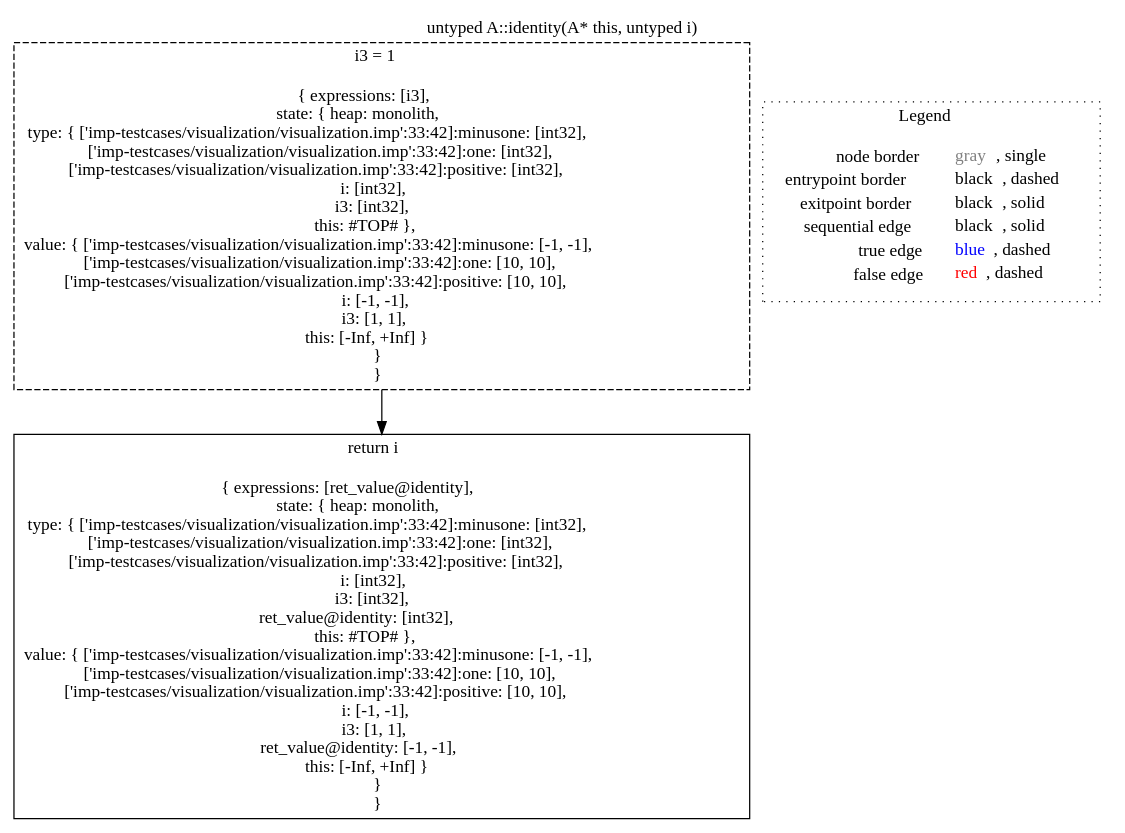
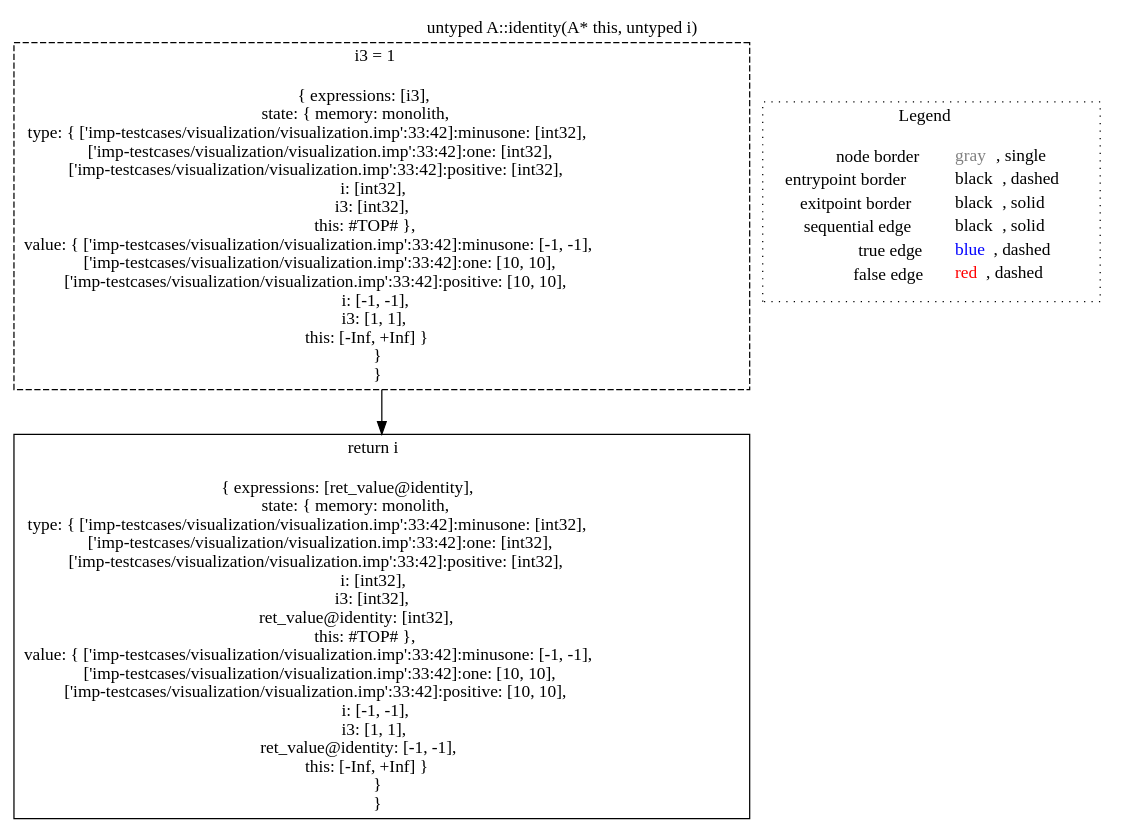
The diagram in lisa/lisa-analyses/imp-testcases/visualization/dot/untyped_A.identity(A__this,_untyped_i)_-1778620129.dot (lisa-analyzer/lisa), drawn with Graphviz before and after one commit. The commit also changed 930 other files, not shown here.

Commit message:
Rename heap to memory #127

```diff
--- a/lisa/lisa-analyses/imp-testcases/visualization/dot/untyped_A.identity(A__this,_untyped_i)_-1778620129.dot
+++ b/lisa/lisa-analyses/imp-testcases/visualization/dot/untyped_A.identity(A__this,_untyped_i)_-1778620129.dot
@@ -1,12 +1,12 @@
 digraph "untyped A::identity(A* this, untyped i)" {
 edge ["dir"="forward"]
 graph ["label"="untyped A::identity(A* this, untyped i)","labelloc"="t"]
-"node0" ["label"=<i3 = 1<br/><br/>{ expressions: [i3],<br/>state: { heap: monolith,<br/>type: { ['imp-testcases/visualization/visualization.imp':33:42]:minusone: [int32],<br/>['imp-testcases/visualization/visualization.imp':33:42]:one: [int32],<br/>['imp-testcases/visualization/visualization.imp':33:42]:positive: [int32],<br/>i: [int32],<br/>i3: [int32],<br/>this: #TOP# },<br/>value: { ['imp-testcases/visualization/visualization.imp':33:42]:minusone: [-1, -1],<br/>['imp-testcases/visualization/visualization.imp':33:42]:one: [10, 10],<br/>['imp-testcases/visualization/visualization.imp':33:42]:positive: [10, 10],<br/>i: [-1, -1],<br/>i3: [1, 1],<br/>this: [-Inf, +Inf] }<br/> }<br/> }<br/>>,"shape"="rect","id"="node0","color"="black","style"="dashed"]
-"node3" ["label"=<return i<br/><br/>{ expressions: [ret_value@identity],<br/>state: { heap: monolith,<br/>type: { ['imp-testcases/visualization/visualization.imp':33:42]:minusone: [int32],<br/>['imp-testcases/visualization/visualization.imp':33:42]:one: [int32],<br/>['imp-testcases/visualization/visualization.imp':33:42]:positive: [int32],<br/>i: [int32],<br/>i3: [int32],<br/>ret_value@identity: [int32],<br/>this: #TOP# },<br/>value: { ['imp-testcases/visualization/visualization.imp':33:42]:minusone: [-1, -1],<br/>['imp-testcases/visualization/visualization.imp':33:42]:one: [10, 10],<br/>['imp-testcases/visualization/visualization.imp':33:42]:positive: [10, 10],<br/>i: [-1, -1],<br/>i3: [1, 1],<br/>ret_value@identity: [-1, -1],<br/>this: [-Inf, +Inf] }<br/> }<br/> }<br/>>,"shape"="rect","id"="node3","color"="black"]
+"node0" ["label"=<i3 = 1<br/><br/>{ expressions: [i3],<br/>state: { memory: monolith,<br/>type: { ['imp-testcases/visualization/visualization.imp':33:42]:minusone: [int32],<br/>['imp-testcases/visualization/visualization.imp':33:42]:one: [int32],<br/>['imp-testcases/visualization/visualization.imp':33:42]:positive: [int32],<br/>i: [int32],<br/>i3: [int32],<br/>this: #TOP# },<br/>value: { ['imp-testcases/visualization/visualization.imp':33:42]:minusone: [-1, -1],<br/>['imp-testcases/visualization/visualization.imp':33:42]:one: [10, 10],<br/>['imp-testcases/visualization/visualization.imp':33:42]:positive: [10, 10],<br/>i: [-1, -1],<br/>i3: [1, 1],<br/>this: [-Inf, +Inf] }<br/> }<br/> }<br/>>,"shape"="rect","id"="node0","color"="black","style"="dashed"]
+"node3" ["label"=<return i<br/><br/>{ expressions: [ret_value@identity],<br/>state: { memory: monolith,<br/>type: { ['imp-testcases/visualization/visualization.imp':33:42]:minusone: [int32],<br/>['imp-testcases/visualization/visualization.imp':33:42]:one: [int32],<br/>['imp-testcases/visualization/visualization.imp':33:42]:positive: [int32],<br/>i: [int32],<br/>i3: [int32],<br/>ret_value@identity: [int32],<br/>this: #TOP# },<br/>value: { ['imp-testcases/visualization/visualization.imp':33:42]:minusone: [-1, -1],<br/>['imp-testcases/visualization/visualization.imp':33:42]:one: [10, 10],<br/>['imp-testcases/visualization/visualization.imp':33:42]:positive: [10, 10],<br/>i: [-1, -1],<br/>i3: [1, 1],<br/>ret_value@identity: [-1, -1],<br/>this: [-Inf, +Inf] }<br/> }<br/> }<br/>>,"shape"="rect","id"="node3","color"="black"]
 subgraph "cluster_legend" {
 edge ["dir"="none"]
 graph ["label"=<Legend>,"style"="dotted"]
 "legend" ["label"=<<table border="0" cellpadding="2" cellspacing="0" cellborder="0"><tr><td align="right">node border&nbsp;</td><td align="left"><font color="gray">gray</font>, single</td></tr><tr><td align="right">entrypoint border&nbsp;</td><td align="left"><font color="black">black</font>, dashed</td></tr><tr><td align="right">exitpoint border&nbsp;</td><td align="left"><font color="black">black</font>, solid</td></tr><tr><td align="right">sequential edge&nbsp;</td><td align="left"><font color="black">black</font>, solid</td></tr><tr><td align="right">true edge&nbsp;</td><td align="left"><font color="blue">blue</font>, dashed</td></tr><tr><td align="right">false edge&nbsp;</td><td align="left"><font color="red">red</font>, dashed</td></tr></table>>,"shape"="none"]
 }
 "node0" -> "node3" ["color"="black"]
 }
```
